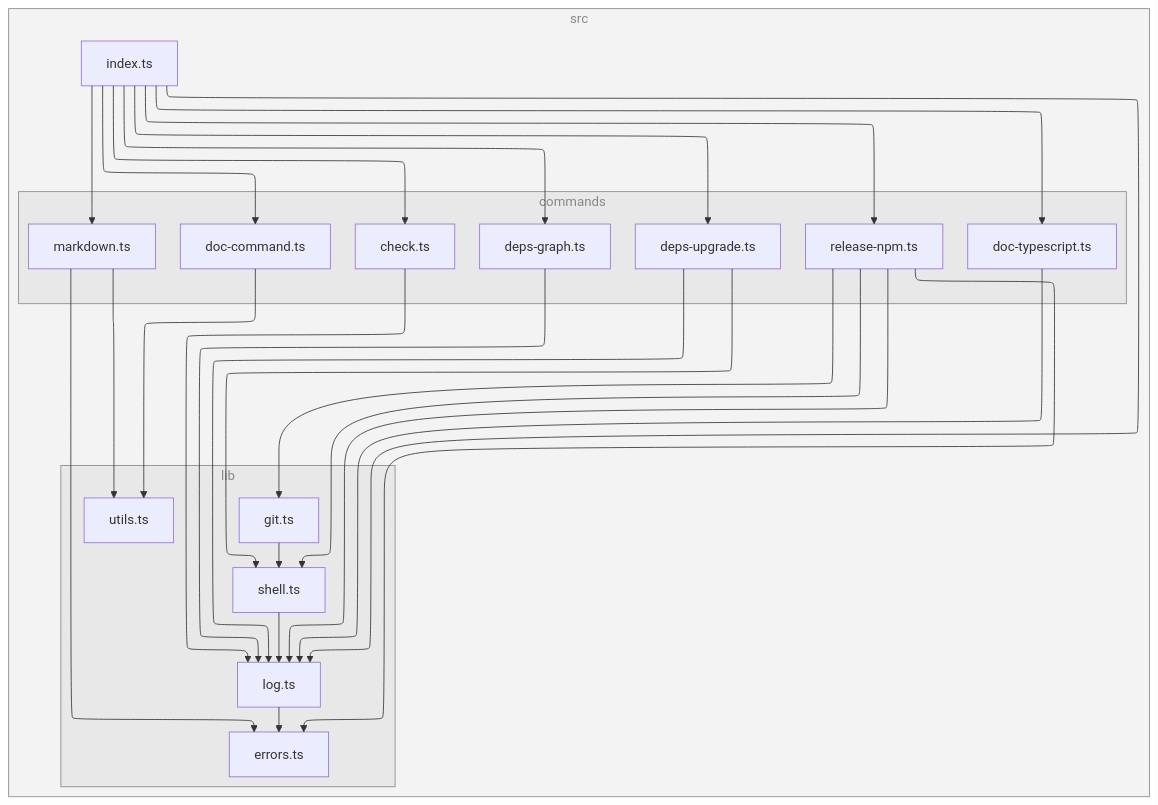
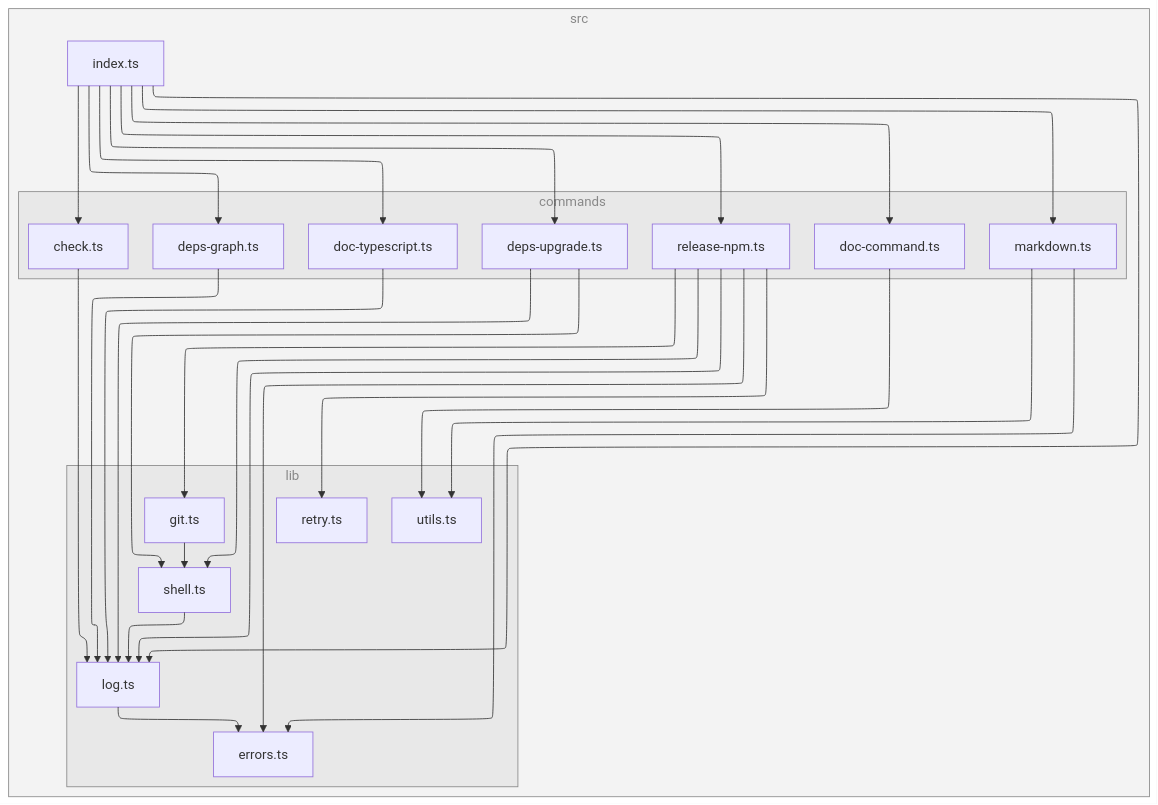
Before and after one commit to versatiles-org/node-release-tool: the diagram in README.md, drawn with Mermaid. The commit also changed 3 other files, not shown here.

````diff
--- a/README.md
+++ b/README.md
@@ -196,53 +196,55 @@
 ```mermaid
 ---
 config:
   layout: elk
 ---
 flowchart TB
 
 subgraph 0["src"]
 subgraph 1["commands"]
 2["check.ts"]
 6["deps-graph.ts"]
 7["deps-upgrade.ts"]
 9["doc-command.ts"]
 B["doc-typescript.ts"]
 C["markdown.ts"]
 D["release-npm.ts"]
 end
 subgraph 3["lib"]
 4["log.ts"]
 5["errors.ts"]
 8["shell.ts"]
 A["utils.ts"]
 E["git.ts"]
+F["retry.ts"]
 end
-F["index.ts"]
+G["index.ts"]
 end
 2-->4
 4-->5
 6-->4
 7-->4
 7-->8
 8-->4
 9-->A
 B-->4
 C-->5
 C-->A
 D-->5
 D-->E
 D-->4
+D-->F
 D-->8
 E-->8
-F-->2
-F-->6
-F-->7
-F-->9
-F-->B
-F-->C
-F-->D
-F-->4
+G-->2
+G-->6
+G-->7
+G-->9
+G-->B
+G-->C
+G-->D
+G-->4
 
 class 0,1,3 subgraphs;
 classDef subgraphs fill-opacity:0.1, fill:#888, color:#888, stroke:#888;
 ```
````
